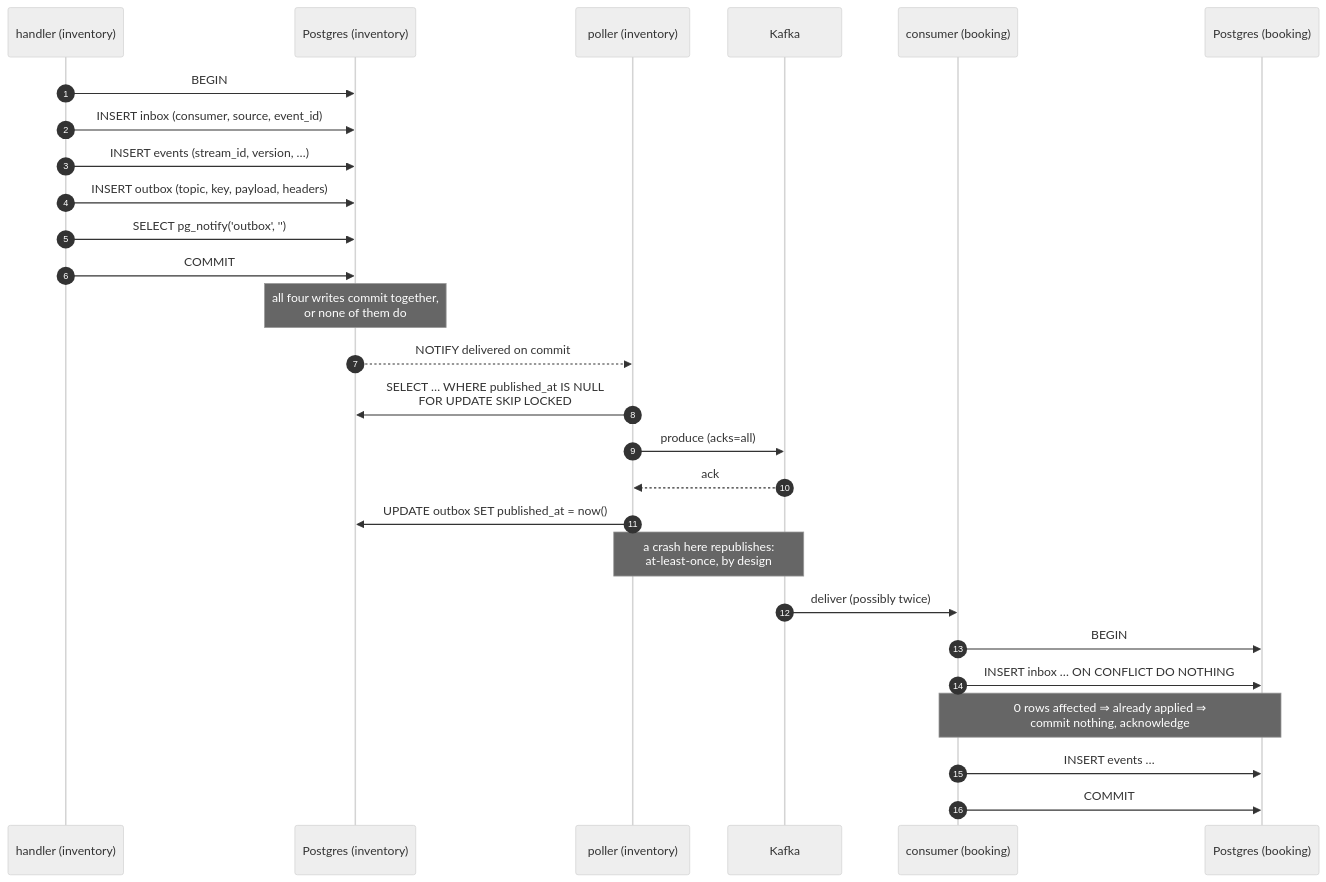
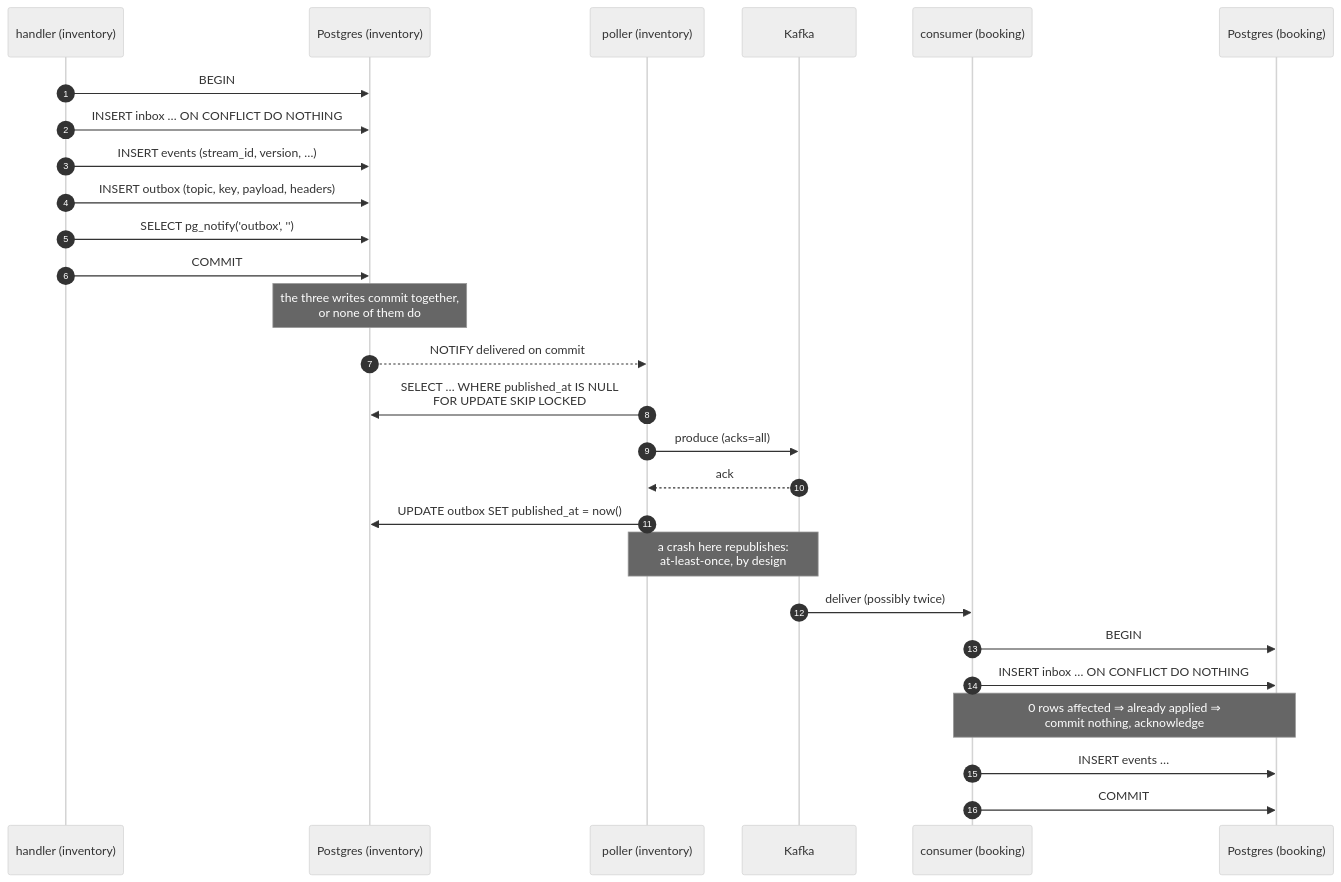
One commit to AymanKastali/sagaflow changed the second of 4 diagrams in docs/architecture.md. Above: the diagram before and after it, drawn with Mermaid (neutral theme). The commit also changed other lines of this file and 18 other files, not shown here.

````diff
--- a/docs/architecture.md
+++ b/docs/architecture.md
@@ -94,30 +94,30 @@
 ```mermaid
 sequenceDiagram
     autonumber
     participant H as handler (inventory)
     participant DB as Postgres (inventory)
     participant P as poller (inventory)
     participant K as Kafka
     participant C as consumer (booking)
     participant DB2 as Postgres (booking)
 
     H->>DB: BEGIN
-    H->>DB: INSERT inbox (consumer, source, event_id)
+    H->>DB: INSERT inbox … ON CONFLICT DO NOTHING
     H->>DB: INSERT events (stream_id, version, …)
     H->>DB: INSERT outbox (topic, key, payload, headers)
     H->>DB: SELECT pg_notify('outbox', '')
     H->>DB: COMMIT
-    Note over DB: all four writes commit together,<br/>or none of them do
+    Note over DB: the three writes commit together,<br/>or none of them do
     DB-->>P: NOTIFY delivered on commit
     P->>DB: SELECT … WHERE published_at IS NULL<br/>FOR UPDATE SKIP LOCKED
     P->>K: produce (acks=all)
     K-->>P: ack
     P->>DB: UPDATE outbox SET published_at = now()
     Note over P,K: a crash here republishes:<br/>at-least-once, by design
     K->>C: deliver (possibly twice)
     C->>DB2: BEGIN
     C->>DB2: INSERT inbox … ON CONFLICT DO NOTHING
     Note over C,DB2: 0 rows affected ⇒ already applied ⇒<br/>commit nothing, acknowledge
     C->>DB2: INSERT events …
     C->>DB2: COMMIT
 ```
````
